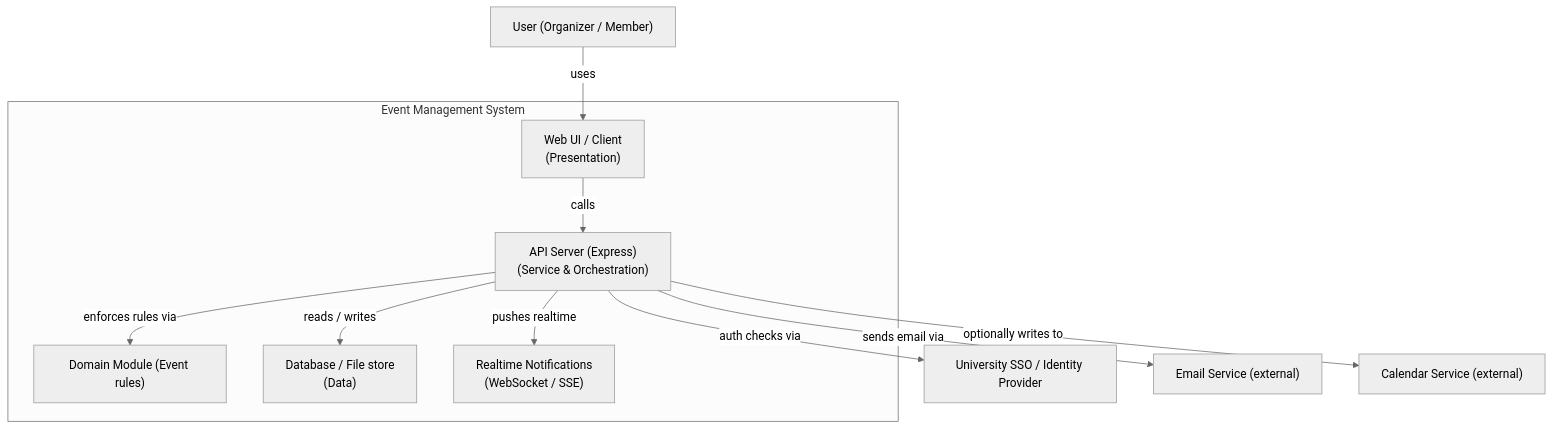
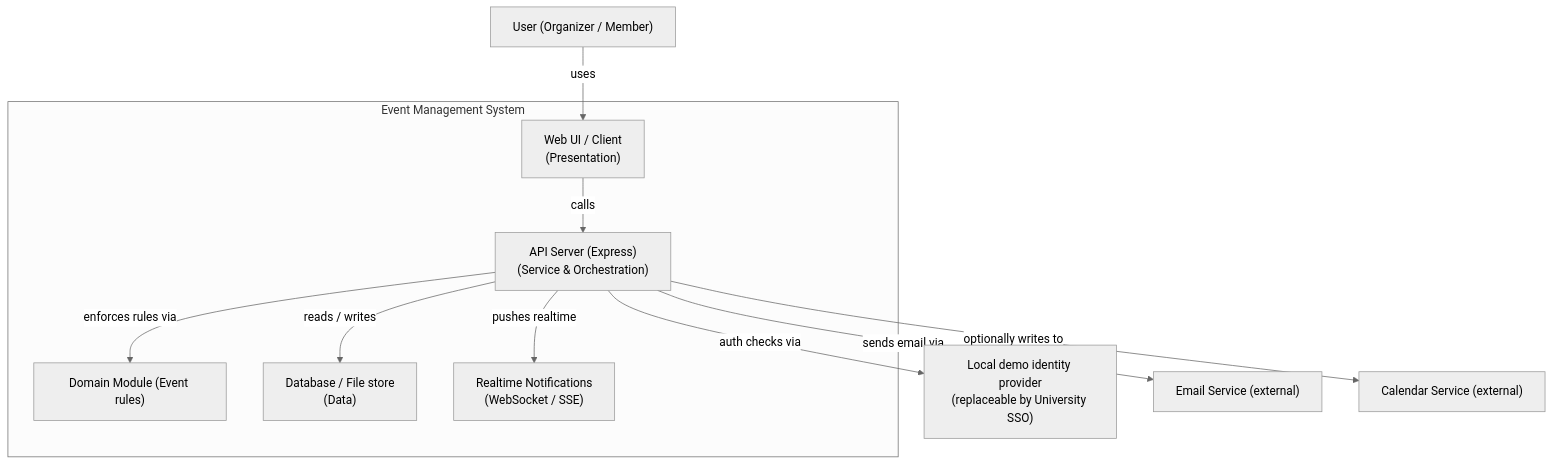
One commit to JMorency13/cen5064-project-morency changed the second of 4 diagrams in README.md. Above: the diagram before and after it, drawn with Mermaid (neutral theme). The commit also changed other lines of this file and 15 other files, not shown here.

````diff
--- a/README.md
+++ b/README.md
@@ -67,15 +81,15 @@
 ```mermaid
 flowchart TB
   user["User (Organizer / Member)"] -->|uses| ui["Web UI / Client<br/>(Presentation)"]
 
   subgraph EMS["Event Management System"]
     ui -->|calls| api["API Server (Express)<br/>(Service & Orchestration)"]
     api -->|enforces rules via| domain["Domain Module (Event rules)"]
     api -->|reads / writes| db["Database / File store<br/>(Data)"]
     api -->|pushes realtime| realtime["Realtime Notifications<br/>(WebSocket / SSE)"]
   end
 
-  api -->|auth checks via| auth["University SSO / Identity Provider"]
+  api -->|auth checks via| auth["Local demo identity provider<br/>(replaceable by University SSO)"]
   api -->|sends email via| email["Email Service (external)"]
   api -->|optionally writes to| calendar["Calendar Service (external)"]
 ```
````
